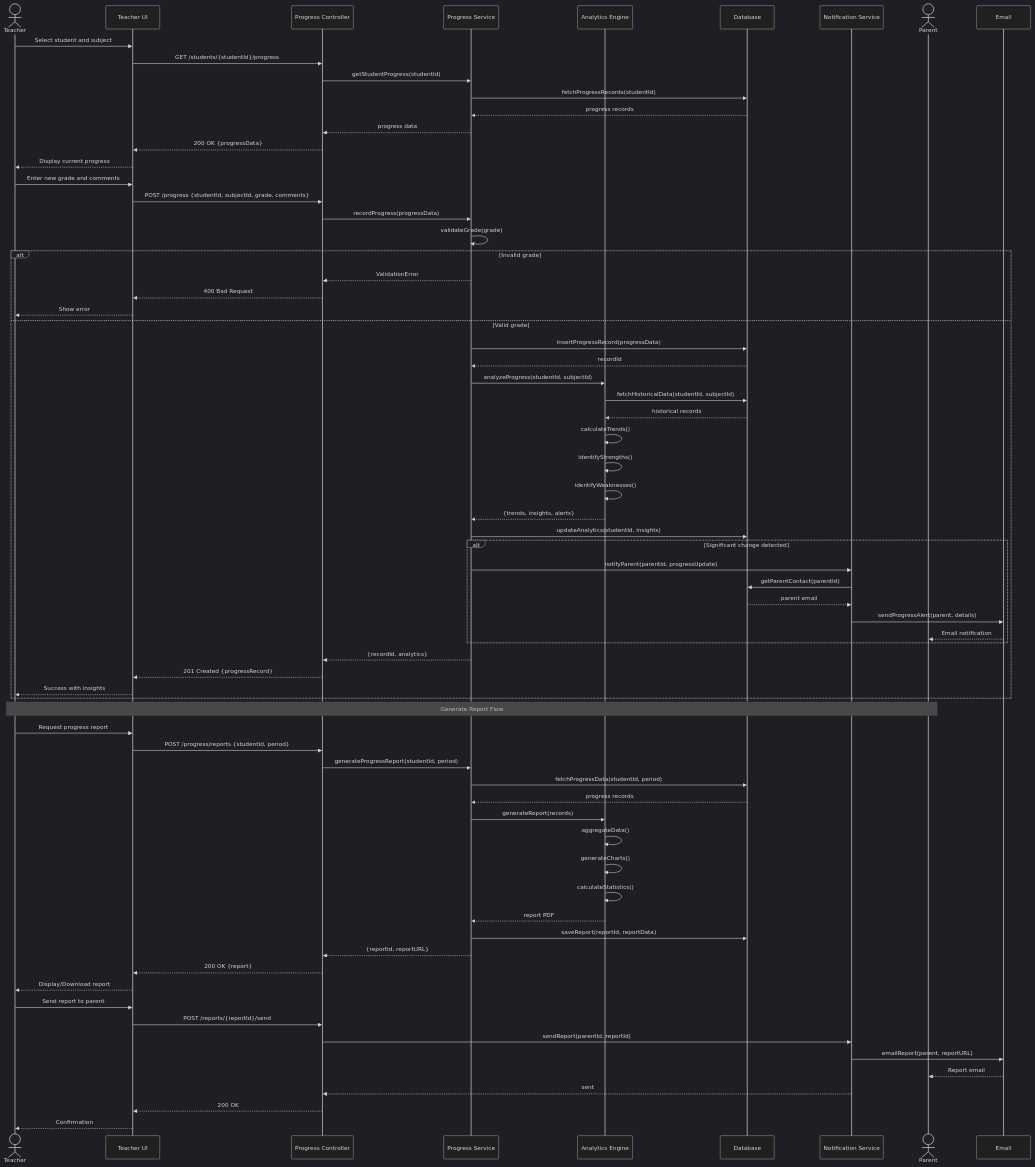
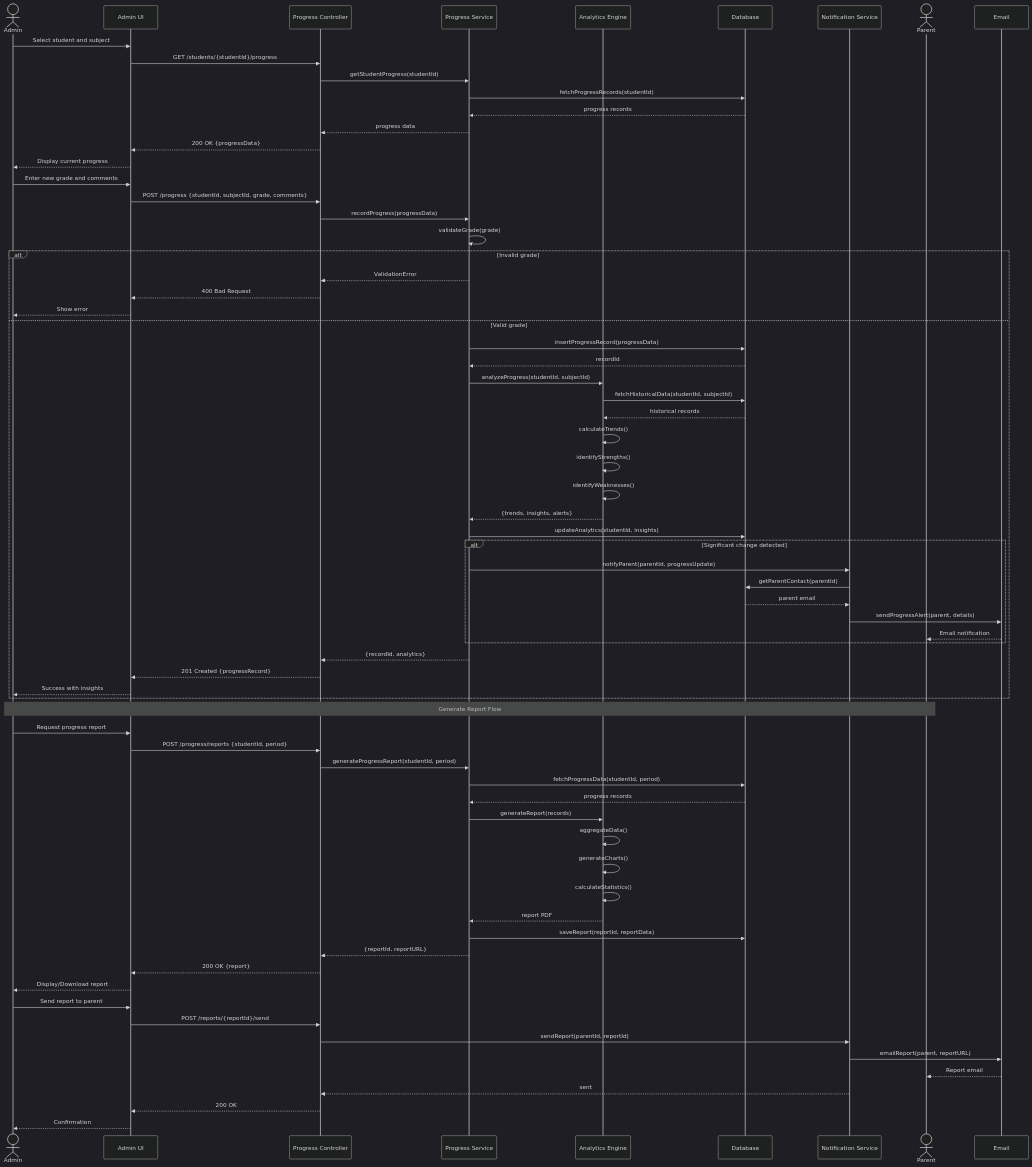
Diagram 15 of 18 in diagrams.md (TongYwen/childfyp5), drawn with Mermaid (dark theme) before and after one commit. The commit also changed other lines of this file, not shown here.

First line of the commit message:
Update diagrams to remove Teacher role

````diff
--- a/diagrams.md
+++ b/diagrams.md
@@ -505,82 +497,82 @@
 ```mermaid
 sequenceDiagram
-    actor Teacher
-    participant UI as Teacher UI
+    actor Admin
+    participant UI as Admin UI
     participant Controller as Progress Controller
     participant Service as Progress Service
     participant Analytics as Analytics Engine
     participant DB as Database
     participant Notification as Notification Service
     actor Parent
 
-    Teacher->>UI: Select student and subject
+    Admin->>UI: Select student and subject
     UI->>Controller: GET /students/{studentId}/progress
     Controller->>Service: getStudentProgress(studentId)
     Service->>DB: fetchProgressRecords(studentId)
     DB-->>Service: progress records
     Service-->>Controller: progress data
     Controller-->>UI: 200 OK {progressData}
-    UI-->>Teacher: Display current progress
+    UI-->>Admin: Display current progress
 
-    Teacher->>UI: Enter new grade and comments
+    Admin->>UI: Enter new grade and comments
     UI->>Controller: POST /progress {studentId, subjectId, grade, comments}
     Controller->>Service: recordProgress(progressData)
     Service->>Service: validateGrade(grade)
 
     alt Invalid grade
         Service-->>Controller: ValidationError
         Controller-->>UI: 400 Bad Request
-        UI-->>Teacher: Show error
+        UI-->>Admin: Show error
     else Valid grade
         Service->>DB: insertProgressRecord(progressData)
         DB-->>Service: recordId
 
         Service->>Analytics: analyzeProgress(studentId, subjectId)
         Analytics->>DB: fetchHistoricalData(studentId, subjectId)
         DB-->>Analytics: historical records
         Analytics->>Analytics: calculateTrends()
         Analytics->>Analytics: identifyStrengths()
         Analytics->>Analytics: identifyWeaknesses()
         Analytics-->>Service: {trends, insights, alerts}
 
         Service->>DB: updateAnalytics(studentId, insights)
 
         alt Significant change detected
             Service->>Notification: notifyParent(parentId, progressUpdate)
             Notification->>DB: getParentContact(parentId)
             DB-->>Notification: parent email
             Notification->>Email: sendProgressAlert(parent, details)
             Email-->>Parent: Email notification
         end
 
         Service-->>Controller: {recordId, analytics}
         Controller-->>UI: 201 Created {progressRecord}
-        UI-->>Teacher: Success with insights
+        UI-->>Admin: Success with insights
     end
 
-    Note over Teacher,Parent: Generate Report Flow
+    Note over Admin,Parent: Generate Report Flow
 
-    Teacher->>UI: Request progress report
+    Admin->>UI: Request progress report
     UI->>Controller: POST /progress/reports {studentId, period}
     Controller->>Service: generateProgressReport(studentId, period)
     Service->>DB: fetchProgressData(studentId, period)
     DB-->>Service: progress records
     Service->>Analytics: generateReport(records)
     Analytics->>Analytics: aggregateData()
     Analytics->>Analytics: generateCharts()
     Analytics->>Analytics: calculateStatistics()
     Analytics-->>Service: report PDF
     Service->>DB: saveReport(reportId, reportData)
     Service-->>Controller: {reportId, reportURL}
     Controller-->>UI: 200 OK {report}
-    UI-->>Teacher: Display/Download report
+    UI-->>Admin: Display/Download report
 
-    Teacher->>UI: Send report to parent
+    Admin->>UI: Send report to parent
     UI->>Controller: POST /reports/{reportId}/send
     Controller->>Notification: sendReport(parentId, reportId)
     Notification->>Email: emailReport(parent, reportURL)
     Email-->>Parent: Report email
     Notification-->>Controller: sent
     Controller-->>UI: 200 OK
-    UI-->>Teacher: Confirmation
+    UI-->>Admin: Confirmation
 ```
````
